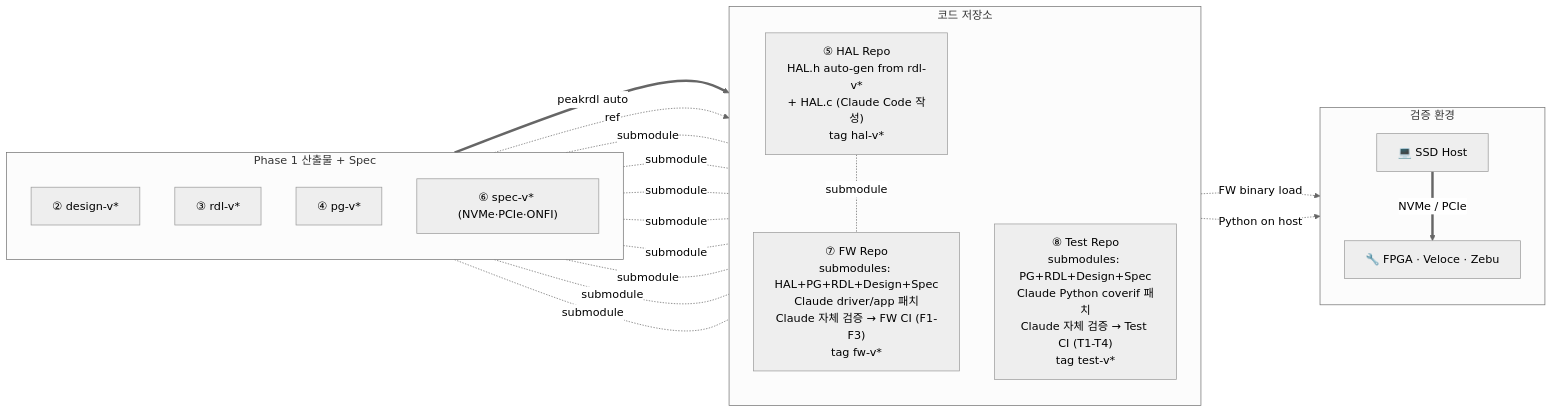
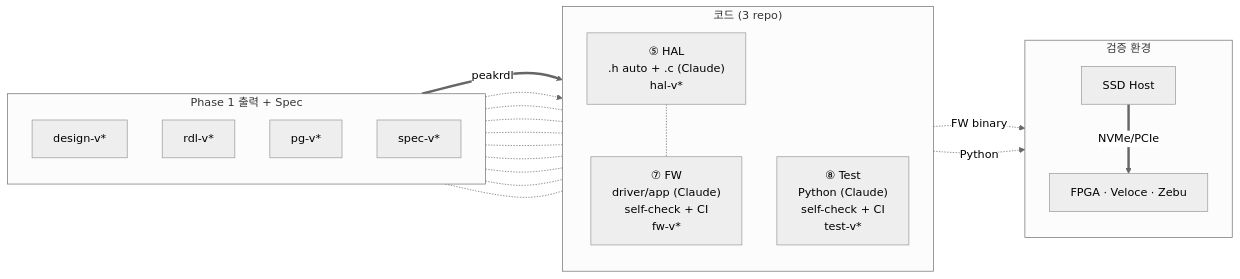
One commit to k31001/ssd-soc-cfg-mngt changed the second of 2 diagrams in docs/proposal/06-workflow-e2e.md. Above: the diagram before and after it, drawn with Mermaid (neutral theme). The commit also changed other lines of this file and 19 other files, not shown here.

````diff
--- a/docs/proposal/06-workflow-e2e.md
+++ b/docs/proposal/06-workflow-e2e.md
@@ -55,41 +31,40 @@
 ```mermaid
 flowchart LR
-    subgraph DOCSIN["Phase 1 산출물 + Spec"]
+    subgraph IN["Phase 1 출력 + Spec"]
       direction TB
-      D2["② design-v*"]
-      D3["③ rdl-v*"]
-      D4["④ pg-v*"]
-      DS["⑥ spec-v* (NVMe·PCIe·ONFI)"]
+      D2["design-v*"]
+      D3["rdl-v*"]
+      D4["pg-v*"]
+      DS["spec-v*"]
     end
 
-    subgraph CODE["코드 저장소"]
+    subgraph CODE["코드 (3 repo)"]
       direction TB
-      H5["⑤ HAL Repo<br/>HAL.h auto-gen from rdl-v*<br/>+ HAL.c (Claude Code 작성)<br/>tag hal-v*"]
-      F7["⑦ FW Repo<br/>submodules: HAL+PG+RDL+Design+Spec<br/>Claude driver/app 패치<br/>Claude 자체 검증 → FW CI (F1-F3)<br/>tag fw-v*"]
-      T8["⑧ Test Repo<br/>submodules: PG+RDL+Design+Spec<br/>Claude Python coverif 패치<br/>Claude 자체 검증 → Test CI (T1-T4)<br/>tag test-v*"]
+      H5["⑤ HAL<br/>.h auto + .c (Claude)<br/>hal-v*"]
+      F7["⑦ FW<br/>driver/app (Claude)<br/>self-check + CI<br/>fw-v*"]
+      T8["⑧ Test<br/>Python (Claude)<br/>self-check + CI<br/>test-v*"]
     end
 
     subgraph ENV["검증 환경"]
       direction TB
-      PLAT["🔧 FPGA · Veloce · Zebu"]
-      HOST["💻 SSD Host"]
+      PLAT["FPGA · Veloce · Zebu"]
+      HOST["SSD Host"]
     end
 
-    D3 ==>|peakrdl auto| H5
-    D4 -.ref.-> H5
+    D3 ==>|peakrdl| H5
+    D4 -.-> H5
+    H5 -.- F7
+    D4 -.- F7
+    D3 -.- F7
+    D2 -.- F7
+    DS -.- F7
 
-    H5 -. submodule .- F7
-    D4 -. submodule .- F7
-    D3 -. submodule .- F7
-    D2 -. submodule .- F7
-    DS -. submodule .- F7
+    D4 -.- T8
+    D3 -.- T8
+    D2 -.- T8
+    DS -.- T8
 
-    D4 -. submodule .- T8
-    D3 -. submodule .- T8
-    D2 -. submodule .- T8
-    DS -. submodule .- T8
-
-    F7 -. FW binary load .-> PLAT
-    T8 -. Python on host .-> HOST
-    HOST ==>|NVMe / PCIe| PLAT
+    F7 -. FW binary .-> PLAT
+    T8 -. Python .-> HOST
+    HOST ==>|NVMe/PCIe| PLAT
 ```
````
